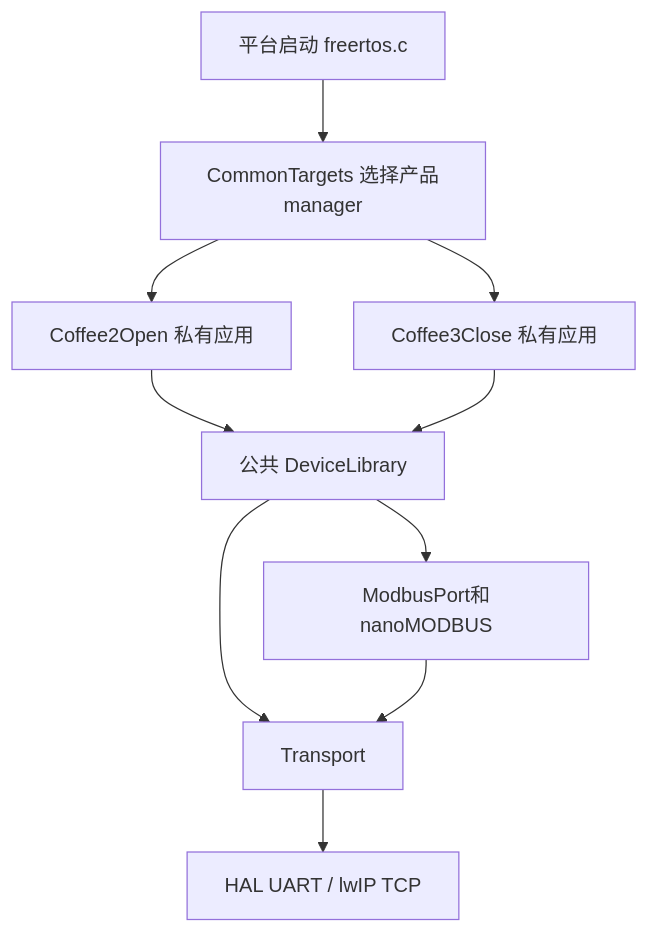
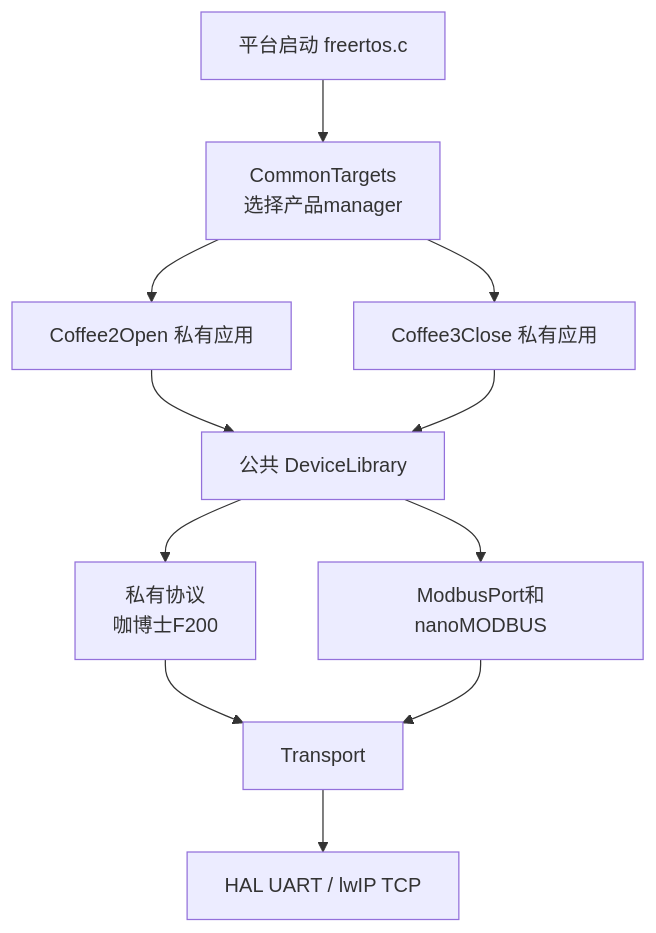
Before and after one commit to Mortal-ever/Project_Base_git: the diagram in 资料文档/03_技术实现核心文档/02_源码解读/源码详解/01_工程目录_公共私有边界与Target组合.md, drawn with Mermaid. The commit also changed other lines of this file and 27 other files, not shown here.

````diff
--- a/资料文档/03_技术实现核心文档/02_源码解读/源码详解/01_工程目录_公共私有边界与Target组合.md
+++ b/资料文档/03_技术实现核心文档/02_源码解读/源码详解/01_工程目录_公共私有边界与Target组合.md
@@ -11,12 +11,13 @@
 ```mermaid
 flowchart TD
-  A[平台启动 freertos.c] --> B[CommonTargets 选择产品manager]
+  A[平台启动 freertos.c] --> B[CommonTargets <br>选择产品manager]
   B --> C[Coffee2Open 私有应用]
   B --> D[Coffee3Close 私有应用]
   C --> E[公共 DeviceLibrary]
   D --> E
   E --> F[ModbusPort和nanoMODBUS]
-  E --> G[Transport]
+  E --> H[私有协议 <br>咖博士F200]
+  H --> G
   F --> G
-  G --> H[HAL UART / lwIP TCP]
+  G[Transport] --> K[HAL UART / lwIP TCP]
 ```
````
